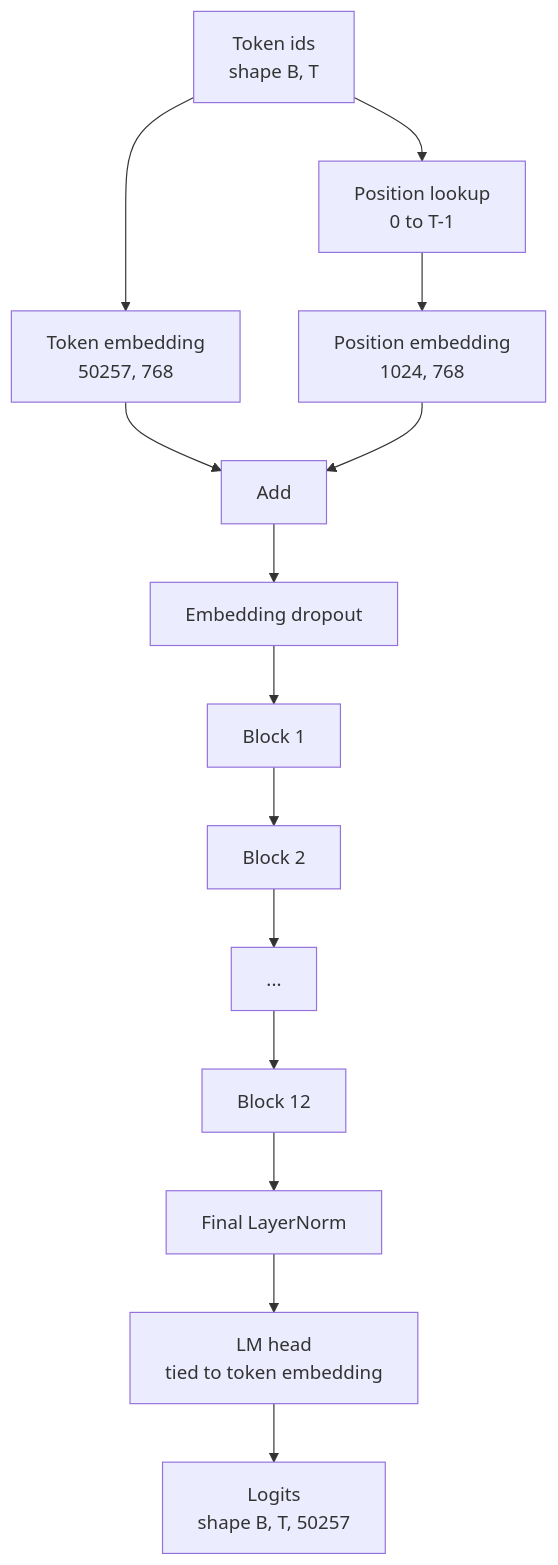
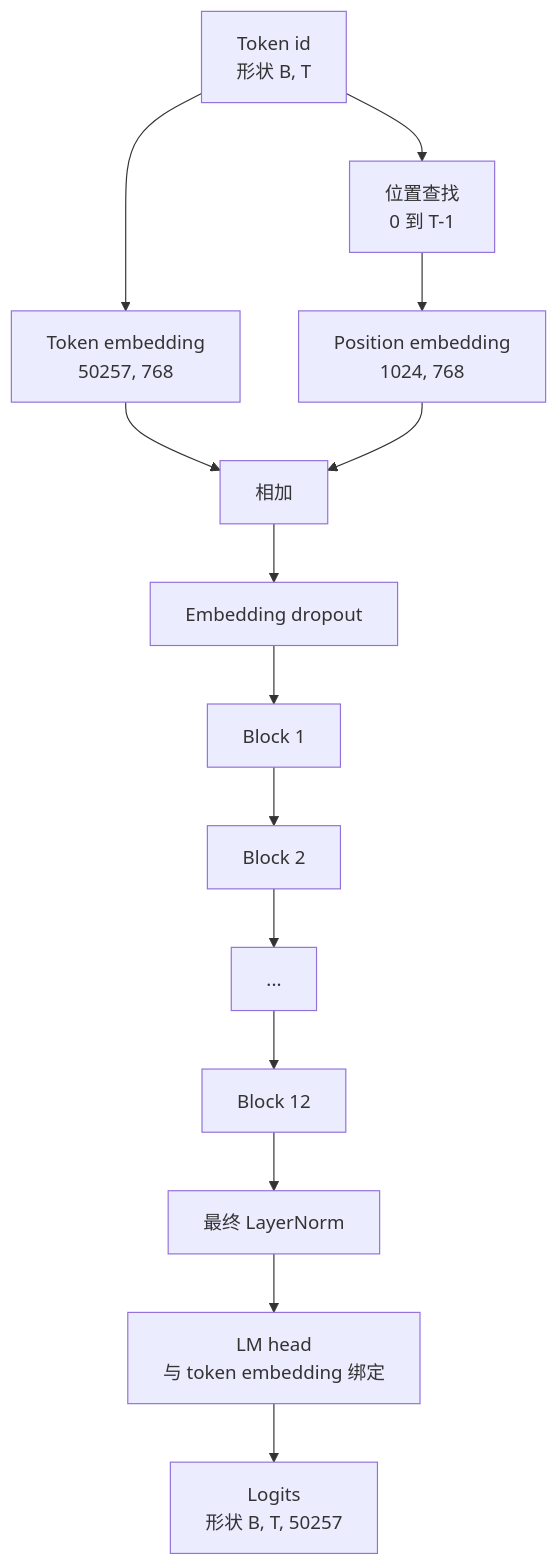
The first of 2 diagrams in phases/19-capstone-projects/35-gpt-model-assembly/docs/zh.md (alessandrodinisio-ai/ai-engineering-learning-framework), drawn with Mermaid before and after one commit. The commit also changed other lines of this file and 120 other files, not shown here.

First line of the commit message:
i18n(mermaid): 337 个 mermaid 图表标签中文化

````diff
--- a/phases/19-capstone-projects/35-gpt-model-assembly/docs/zh.md
+++ b/phases/19-capstone-projects/35-gpt-model-assembly/docs/zh.md
@@ -33,16 +33,16 @@
 ```mermaid
 flowchart TB
-  T[Token ids<br/>shape B, T] --> E[Token embedding<br/>50257, 768]
-  T --> P[Position lookup<br/>0 to T-1]
+  T[Token id<br/>形状 B, T] --> E[Token embedding<br/>50257, 768]
+  T --> P[位置查找<br/>0 到 T-1]
   P --> PE[Position embedding<br/>1024, 768]
-  E --> A[Add]
+  E --> A[相加]
   PE --> A
   A --> D[Embedding dropout]
   D --> B1[Block 1]
   B1 --> B2[Block 2]
   B2 --> Bk[...]
   Bk --> B12[Block 12]
-  B12 --> L[Final LayerNorm]
-  L --> H[LM head<br/>tied to token embedding]
-  H --> O[Logits<br/>shape B, T, 50257]
+  B12 --> L[最终 LayerNorm]
+  L --> H[LM head<br/>与 token embedding 绑定]
+  H --> O[Logits<br/>形状 B, T, 50257]
 ```
````
